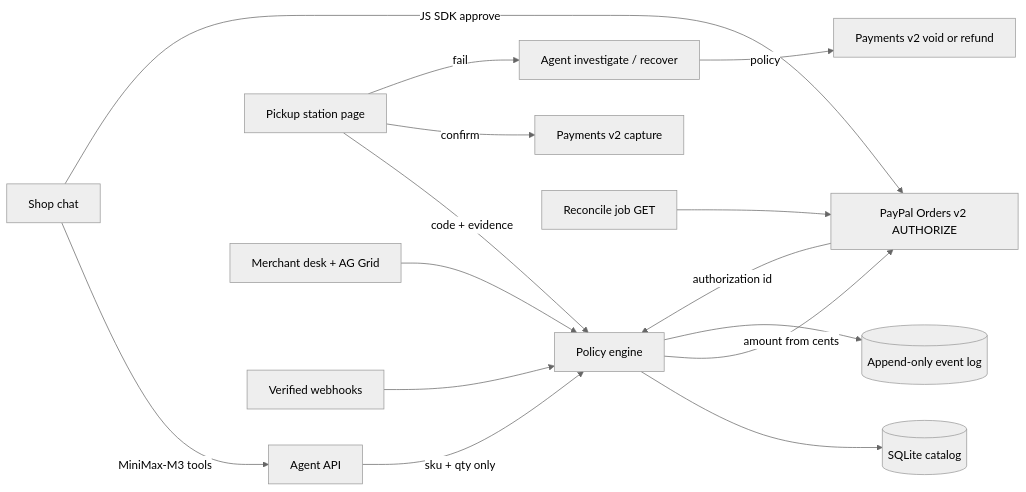
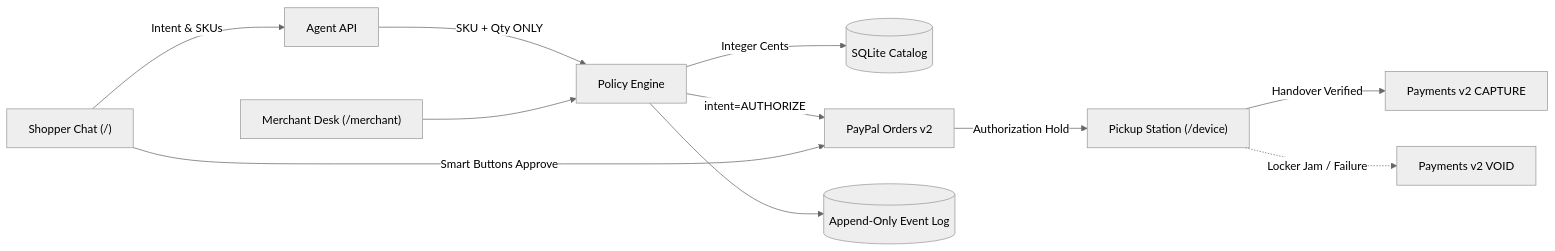
Before and after one commit to altaga/Proofed: the diagram in README.md, drawn with Mermaid (neutral theme). The commit also changed other lines of this file and 111 other files, not shown here.

````diff
--- a/README.md
+++ b/README.md
@@ -26,17 +19,15 @@
 ```mermaid
 flowchart LR
-  Shopper["Shop chat"] -->|MiniMax-M3 tools| Agent["Agent API"]
-  Agent -->|sku + qty only| Policy["Policy engine"]
-  Policy --> Catalog[(SQLite catalog)]
-  Policy -->|amount from cents| PayPal["PayPal Orders v2 AUTHORIZE"]
-  Shopper -->|JS SDK approve| PayPal
-  PayPal -->|authorization id| Policy
-  Device["Pickup station page"] -->|code + evidence| Policy
-  Device -->|confirm| Capture["Payments v2 capture"]
-  Device -->|fail| Recover["Agent investigate / recover"]
-  Recover -->|policy| Void["Payments v2 void or refund"]
-  Merchant["Merchant desk + AG Grid"] --> Policy
-  Webhooks["Verified webhooks"] --> Policy
-  Reconcile["Reconcile job GET"] --> PayPal
-  Policy --> Events[(Append-only event log)]
+    Shopper["Shopper Chat (/)"] -->|Intent & SKUs| Agent["Agent API"]
+    Agent -->|SKU + Qty ONLY| Policy["Policy Engine"]
+    Policy -->|Integer Cents| Catalog[(SQLite Catalog)]
+    Policy -->|intent=AUTHORIZE| PayPal["PayPal Orders v2"]
+    Shopper -->|Smart Buttons Approve| PayPal
+    
+    PayPal -->|Authorization Hold| Kiosk["Pickup Station (/device)"]
+    Kiosk -->|Handover Verified| Capture["Payments v2 CAPTURE"]
+    Kiosk -.->|Locker Jam / Failure| Void["Payments v2 VOID"]
+    
+    Merchant["Merchant Desk (/merchant)"] --> Policy
+    Policy --> Events[(Append-Only Event Log)]
 ```
````
